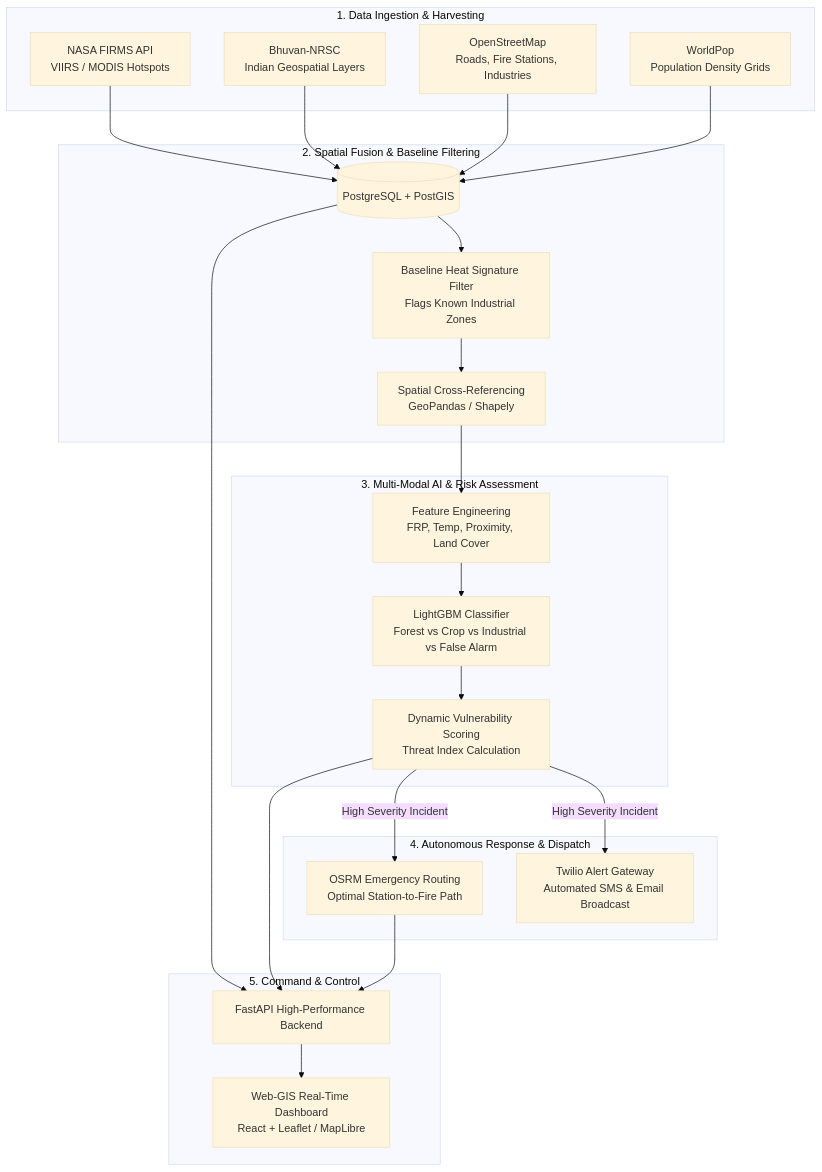
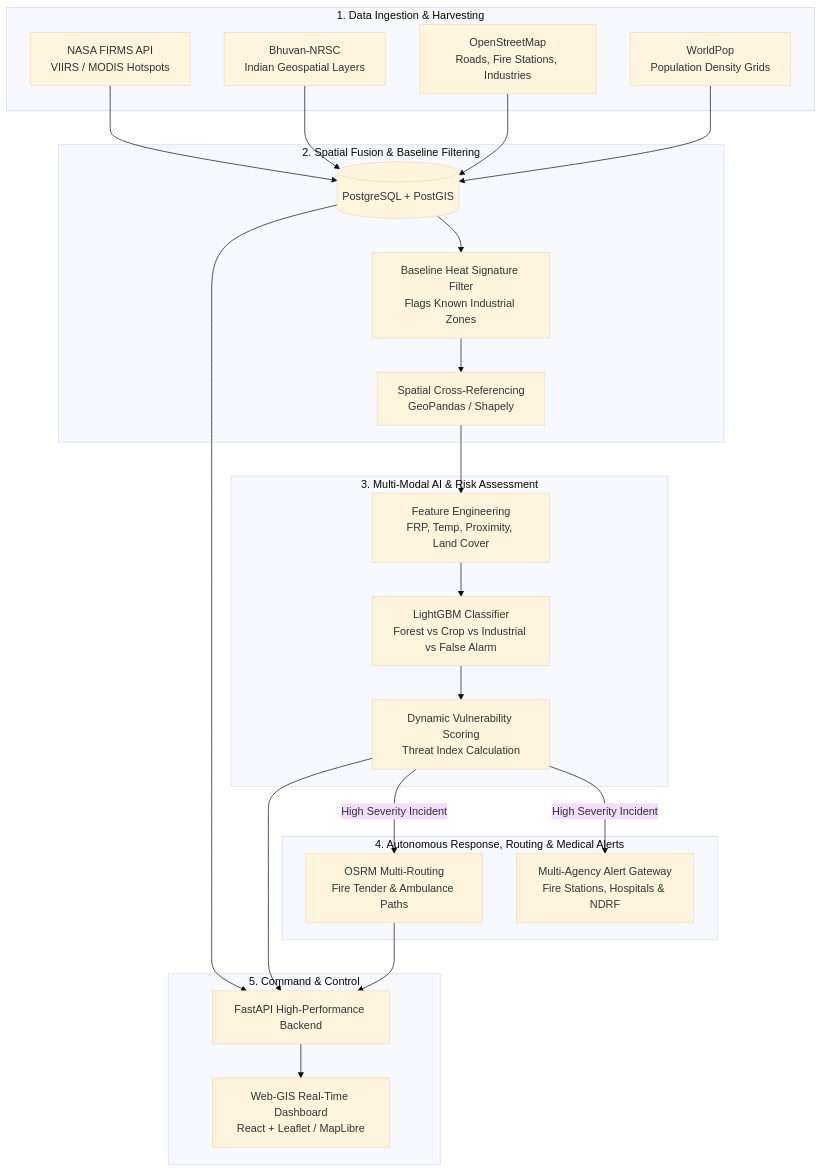
Before and after one commit to aravchaudhary07-ai/AgniKavach: the diagram in README.md, drawn with Mermaid (base theme). The commit also changed other lines of this file and 6 other files, not shown here.

Commit message:
feat: added new feature of health support and medical emergency alerts in README and infrastructure

````diff
--- a/README.md
+++ b/README.md
@@ -29,37 +29,37 @@
 ```mermaid
 flowchart TD
     subgraph Data_Ingestion ["1. Data Ingestion & Harvesting"]
         A1[NASA FIRMS API<br/>VIIRS / MODIS Hotspots]
         A2[Bhuvan-NRSC<br/>Indian Geospatial Layers]
         A3[OpenStreetMap<br/>Roads, Fire Stations, Industries]
         A4[WorldPop<br/>Population Density Grids]
     end
 
     subgraph Spatial_Fusion ["2. Spatial Fusion & Baseline Filtering"]
         B1[(PostgreSQL + PostGIS)]
         B2[Baseline Heat Signature Filter<br/>Flags Known Industrial Zones]
         B3[Spatial Cross-Referencing<br/>GeoPandas / Shapely]
     end
 
     subgraph AI_Engine ["3. Multi-Modal AI & Risk Assessment"]
         C1[Feature Engineering<br/>FRP, Temp, Proximity, Land Cover]
         C2[LightGBM Classifier<br/>Forest vs Crop vs Industrial vs False Alarm]
         C3[Dynamic Vulnerability Scoring<br/>Threat Index Calculation]
     end
 
-    subgraph Rapid_Response ["4. Autonomous Response & Dispatch"]
-        D1[OSRM Emergency Routing<br/>Optimal Station-to-Fire Path]
-        D2[Twilio Alert Gateway<br/>Automated SMS & Email Broadcast]
+    subgraph Rapid_Response ["4. Autonomous Response, Routing & Medical Alerts"]
+        D1[OSRM Multi-Routing<br/>Fire Tender & Ambulance Paths]
+        D2[Multi-Agency Alert Gateway<br/>Fire Stations, Hospitals & NDRF]
     end
 
     subgraph Presentation ["5. Command & Control"]
         E1[FastAPI High-Performance Backend]
         E2[Web-GIS Real-Time Dashboard<br/>React + Leaflet / MapLibre]
     end
 
     A1 & A2 & A3 & A4 --> B1
     B1 --> B2 --> B3
     B3 --> C1 --> C2 --> C3
     C3 -->|High Severity Incident| D1 & D2
     B1 & C3 & D1 --> E1 --> E2
 ```
````
